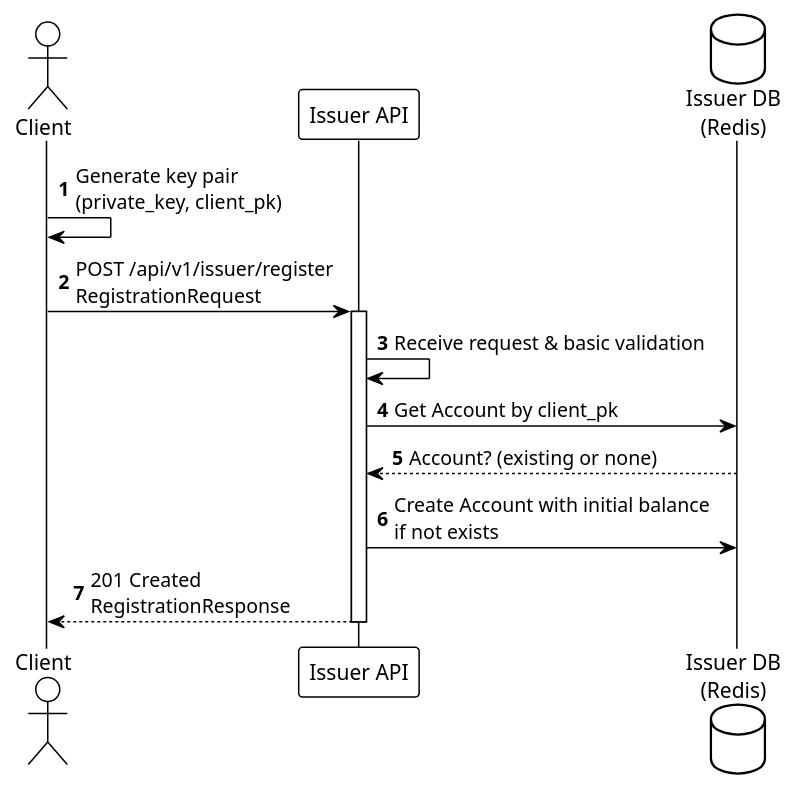
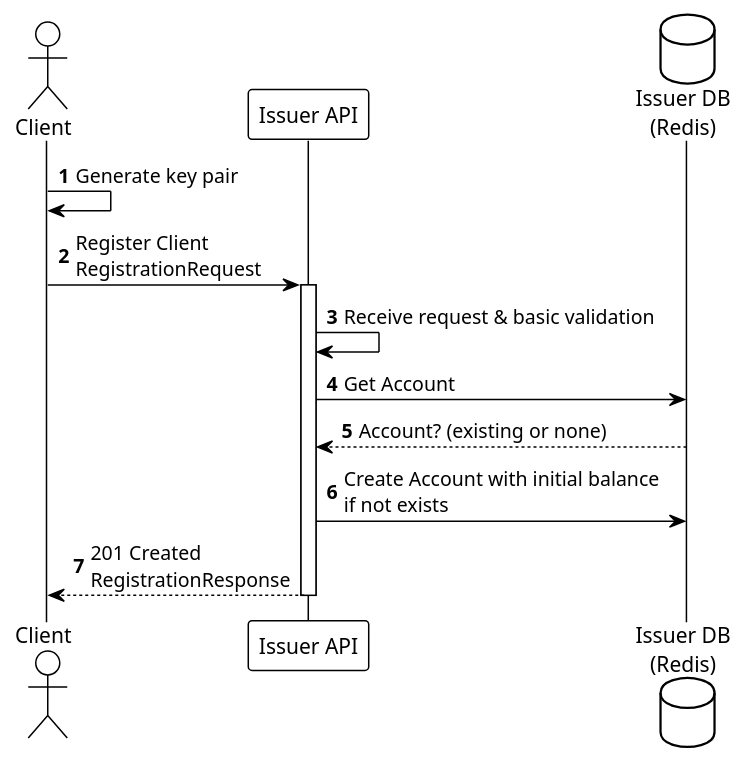
One commit to otaviootavio/nanomoni changed the diagram in umls/phase1a-registration.puml. Above: the diagram before and after it, drawn with PlantUML. The commit also changed 6 other files, not shown here.

Commit message:
update uml

```diff
--- a/umls/phase1a-registration.puml
+++ b/umls/phase1a-registration.puml
@@ -1,25 +1,25 @@
 @startuml Phase1a_Registration
 
 !theme plain
 autonumber
 
 actor "Client" as Client
 participant "Issuer API" as Issuer
 database "Issuer DB\n(Redis)" as IssuerDB
 
-Client -> Client: Generate key pair\n(private_key, client_pk)
+Client -> Client: Generate key pair
 
-Client -> Issuer: POST /api/v1/issuer/register\nRegistrationRequest
+Client -> Issuer: Register Client\nRegistrationRequest
 activate Issuer
 
 Issuer -> Issuer: Receive request & basic validation
 
-Issuer -> IssuerDB: Get Account by client_pk
+Issuer -> IssuerDB: Get Account
 IssuerDB --> Issuer: Account? (existing or none)
 
 Issuer -> IssuerDB: Create Account with initial balance\nif not exists
 
 Issuer --> Client: 201 Created\nRegistrationResponse
 deactivate Issuer
 
 @enduml
```
